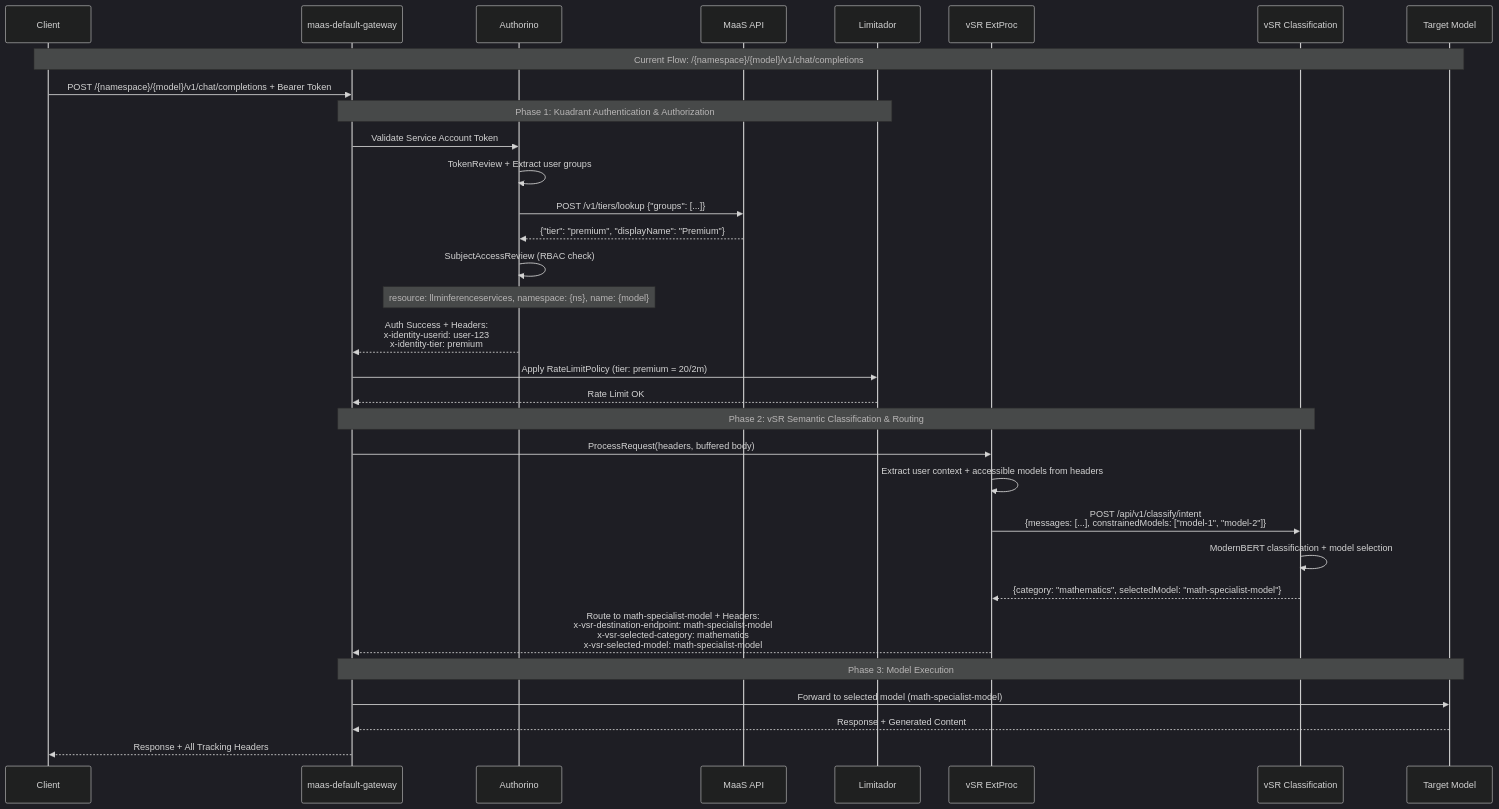
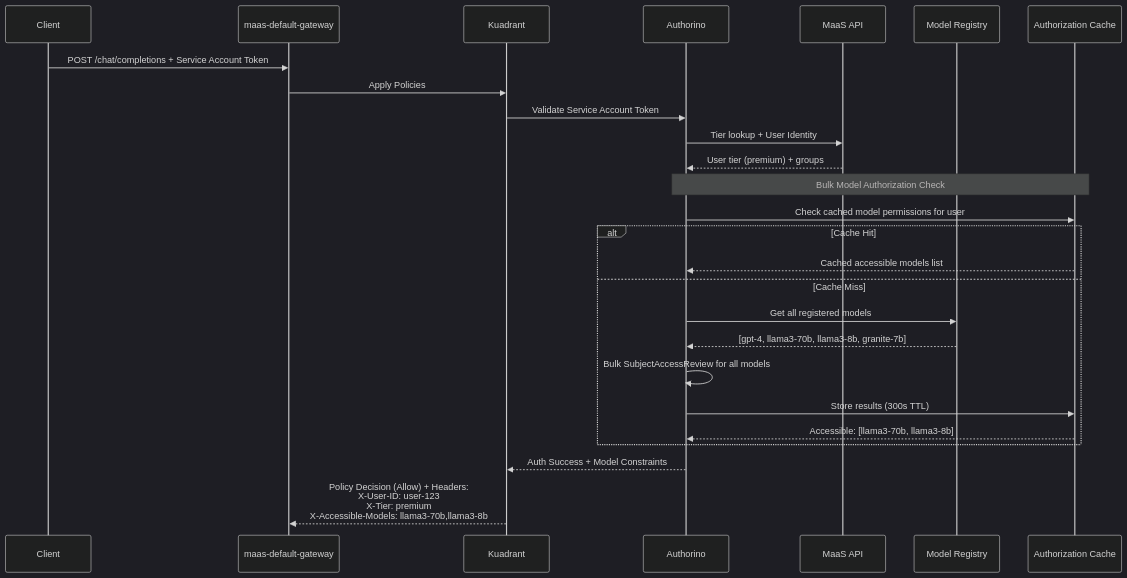
The fifth of 9 diagrams in docs/designs/vSR-Integration/README.md (noyitz/maas-billing), drawn with Mermaid (dark theme) before and after one commit. The commit also changed other lines of this file, not shown here.

First line of the commit message:
Restore vSR-MaaS integration design to clean proposal structure

````diff
--- a/docs/designs/vSR-Integration/README.md
+++ b/docs/designs/vSR-Integration/README.md
@@ -80,39 +259,32 @@
 ```mermaid
 sequenceDiagram
     participant Client
     participant Gateway as maas-default-gateway
+    participant Kuadrant
     participant Authorino
     participant MaaSAPI as MaaS API
-    participant Limitador
-    participant VSRExtProc as vSR ExtProc
-    participant VSRService as vSR Classification
-    participant Model as Target Model
+    participant ModelRegistry as Model Registry
+    participant Cache as Authorization Cache
     
-    Note over Client,Model: Current Flow: /{namespace}/{model}/v1/chat/completions
-    Client->>Gateway: POST /{namespace}/{model}/v1/chat/completions + Bearer Token
+    Client->>Gateway: POST /chat/completions + Service Account Token
+    Gateway->>Kuadrant: Apply Policies
+    Kuadrant->>Authorino: Validate Service Account Token
+    Authorino->>MaaSAPI: Tier lookup + User Identity
+    MaaSAPI-->>Authorino: User tier (premium) + groups
     
-    Note over Gateway,Limitador: Phase 1: Kuadrant Authentication & Authorization
-    Gateway->>Authorino: Validate Service Account Token
-    Authorino->>Authorino: TokenReview + Extract user groups
-    Authorino->>MaaSAPI: POST /v1/tiers/lookup {"groups": [...]}
-    MaaSAPI-->>Authorino: {"tier": "premium", "displayName": "Premium"}
-    Authorino->>Authorino: SubjectAccessReview (RBAC check)
-    Note over Authorino: resource: llminferenceservices, namespace: {ns}, name: {model}
-    Authorino-->>Gateway: Auth Success + Headers:<br/>x-identity-userid: user-123<br/>x-identity-tier: premium
+    Note over Authorino,Cache: Bulk Model Authorization Check
+    Authorino->>Cache: Check cached model permissions for user
     
-    Gateway->>Limitador: Apply RateLimitPolicy (tier: premium = 20/2m)  
-    Limitador-->>Gateway: Rate Limit OK
+    alt Cache Hit
+        Cache-->>Authorino: Cached accessible models list
+    else Cache Miss
+        Authorino->>ModelRegistry: Get all registered models
+        ModelRegistry-->>Authorino: [gpt-4, llama3-70b, llama3-8b, granite-7b]
+        Authorino->>Authorino: Bulk SubjectAccessReview for all models
+        Authorino->>Cache: Store results (300s TTL)
+        Cache-->>Authorino: Accessible: [llama3-70b, llama3-8b]
+    end
     
-    Note over Gateway,VSRService: Phase 2: vSR Semantic Classification & Routing
-    Gateway->>VSRExtProc: ProcessRequest(headers, buffered body)
-    VSRExtProc->>VSRExtProc: Extract user context + accessible models from headers
-    VSRExtProc->>VSRService: POST /api/v1/classify/intent<br/>{messages: [...], constrainedModels: ["model-1", "model-2"]}
-    VSRService->>VSRService: ModernBERT classification + model selection
-    VSRService-->>VSRExtProc: {category: "mathematics", selectedModel: "math-specialist-model"}
-    VSRExtProc-->>Gateway: Route to math-specialist-model + Headers:<br/>x-vsr-destination-endpoint: math-specialist-model<br/>x-vsr-selected-category: mathematics<br/>x-vsr-selected-model: math-specialist-model
-    
-    Note over Gateway,Model: Phase 3: Model Execution
-    Gateway->>Model: Forward to selected model (math-specialist-model)
-    Model-->>Gateway: Response + Generated Content
-    Gateway-->>Client: Response + All Tracking Headers
+    Authorino-->>Kuadrant: Auth Success + Model Constraints
+    Kuadrant-->>Gateway: Policy Decision (Allow) + Headers:<br/>X-User-ID: user-123<br/>X-Tier: premium<br/>X-Accessible-Models: llama3-70b,llama3-8b
 ```
````
